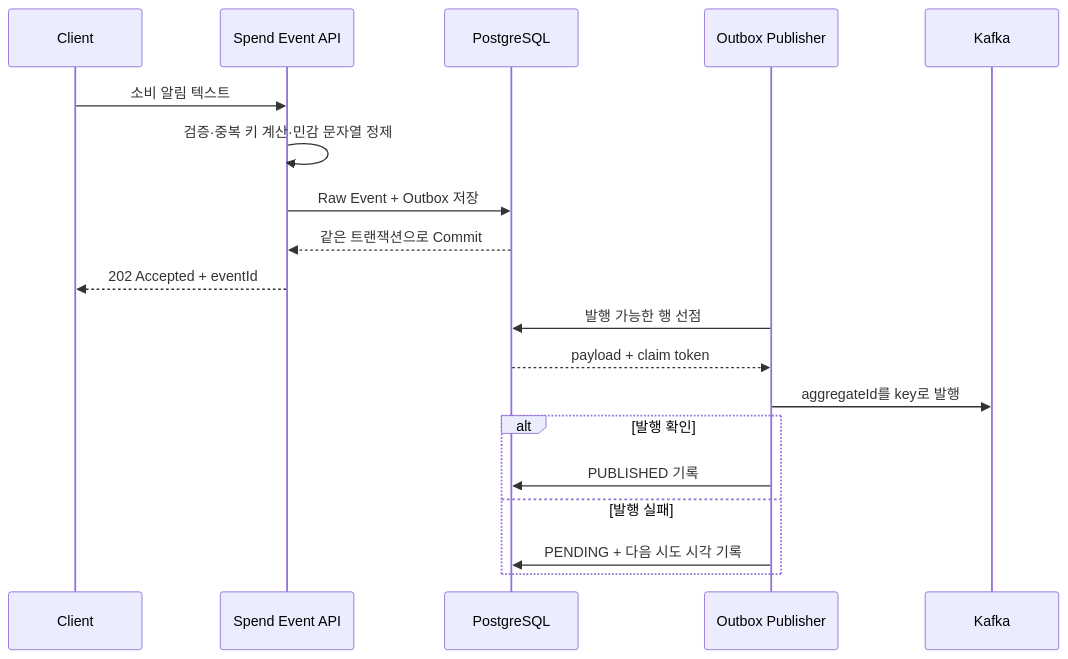
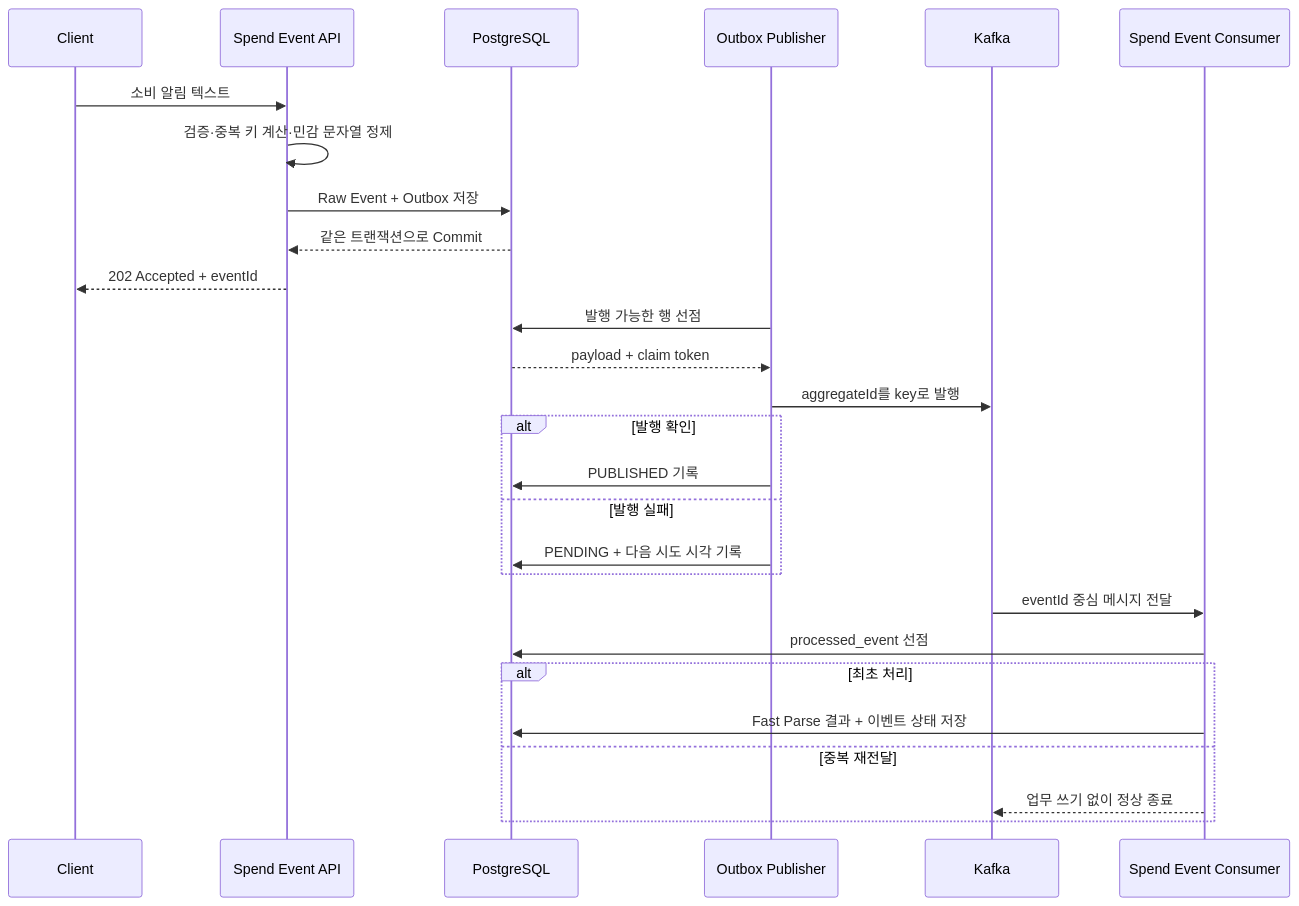
One commit to Joajy/Spending-Guard changed the diagram in docs/architecture/backend-components.md. Above: the diagram before and after it, drawn with Mermaid. The commit also changed other lines of this file and 49 other files, not shown here.

````diff
--- a/docs/architecture/backend-components.md
+++ b/docs/architecture/backend-components.md
@@ -37,22 +42,30 @@
 ```mermaid
 sequenceDiagram
     participant C as Client
     participant A as Spend Event API
     participant D as PostgreSQL
     participant P as Outbox Publisher
     participant K as Kafka
+    participant W as Spend Event Consumer
 
     C->>A: 소비 알림 텍스트
     A->>A: 검증·중복 키 계산·민감 문자열 정제
     A->>D: Raw Event + Outbox 저장
     D-->>A: 같은 트랜잭션으로 Commit
     A-->>C: 202 Accepted + eventId
     P->>D: 발행 가능한 행 선점
     D-->>P: payload + claim token
     P->>K: aggregateId를 key로 발행
     alt 발행 확인
         P->>D: PUBLISHED 기록
     else 발행 실패
         P->>D: PENDING + 다음 시도 시각 기록
     end
+    K->>W: eventId 중심 메시지 전달
+    W->>D: processed_event 선점
+    alt 최초 처리
+        W->>D: Fast Parse 결과 + 이벤트 상태 저장
+    else 중복 재전달
+        W-->>K: 업무 쓰기 없이 정상 종료
+    end
 ```
````
